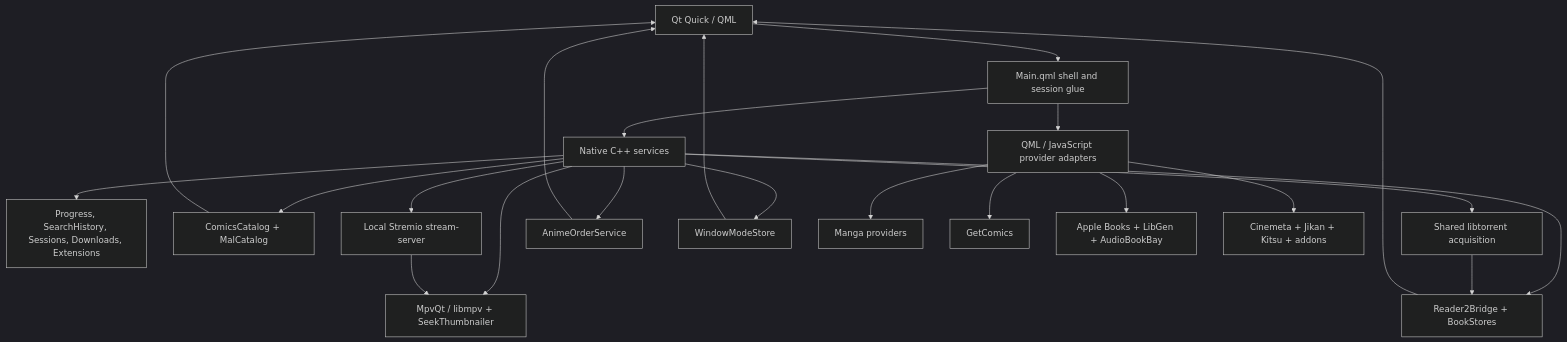
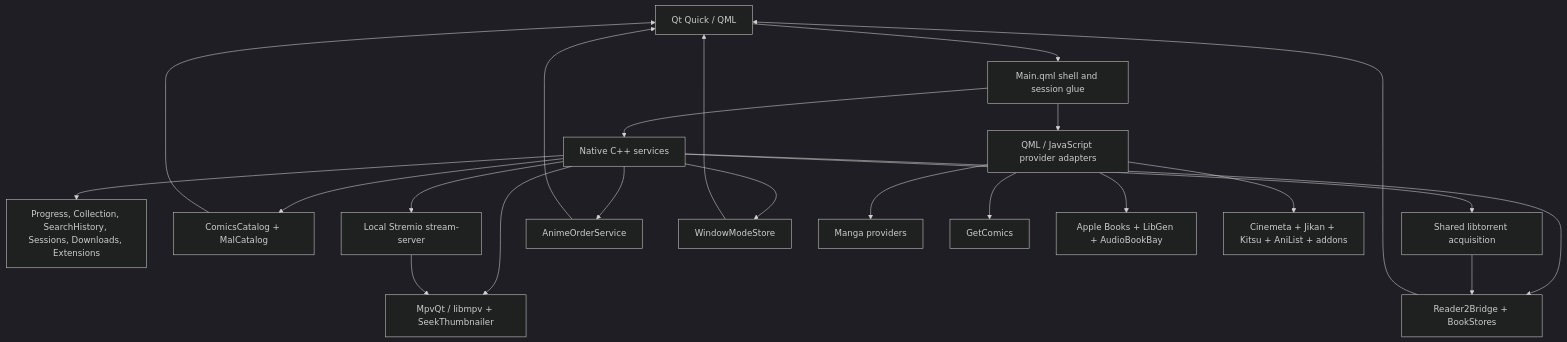
One commit to kingoftheseas56/Colosseum changed the second of 2 diagrams in README.md. Above: the diagram before and after it, drawn with Mermaid (dark theme). The commit also changed other lines of this file, not shown here.

Commit message:
docs: refresh README for collection, Theatre checkout, and release flow

````diff
--- a/README.md
+++ b/README.md
@@ -381,27 +419,27 @@
 ```mermaid
 flowchart TB
     UI[Qt Quick / QML] --> Shell[Main.qml shell and session glue]
     Shell --> Native[Native C++ services]
     Shell --> Providers[QML / JavaScript provider adapters]
 
-    Native --> Stores[Progress, SearchHistory, Sessions, Downloads, Extensions]
+    Native --> Stores[Progress, Collection, SearchHistory, Sessions, Downloads, Extensions]
     Native --> Catalogs[ComicsCatalog + MalCatalog]
     Native --> Reader[Reader2Bridge + BookStores]
     Native --> Player[MpvQt / libmpv + SeekThumbnailer]
     Native --> StreamServer[Local Stremio stream-server]
     Native --> Tankorent[Shared libtorrent acquisition]
     Native --> AnimeOrder[AnimeOrderService]
     Native --> WindowMode[WindowModeStore]
 
     Providers --> Manga[Manga providers]
     Providers --> Comics[GetComics]
     Providers --> Books[Apple Books + LibGen + AudioBookBay]
-    Providers --> Theatre[Cinemeta + Jikan + Kitsu + addons]
+    Providers --> Theatre[Cinemeta + Jikan + Kitsu + AniList + addons]
 
     Catalogs --> UI
     Reader --> UI
     AnimeOrder --> UI
     WindowMode --> UI
     StreamServer --> Player
     Tankorent --> Reader
 ```
````
